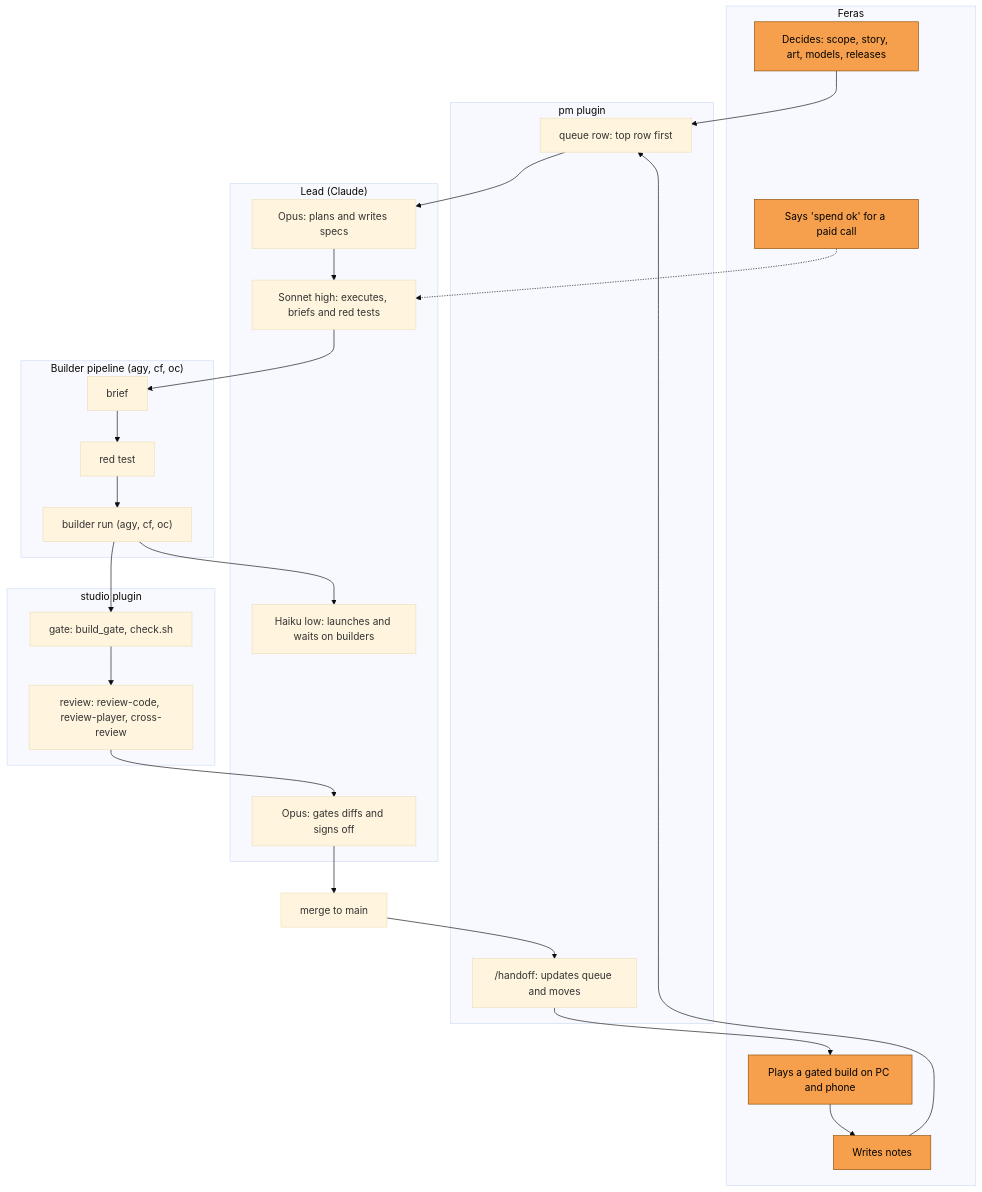
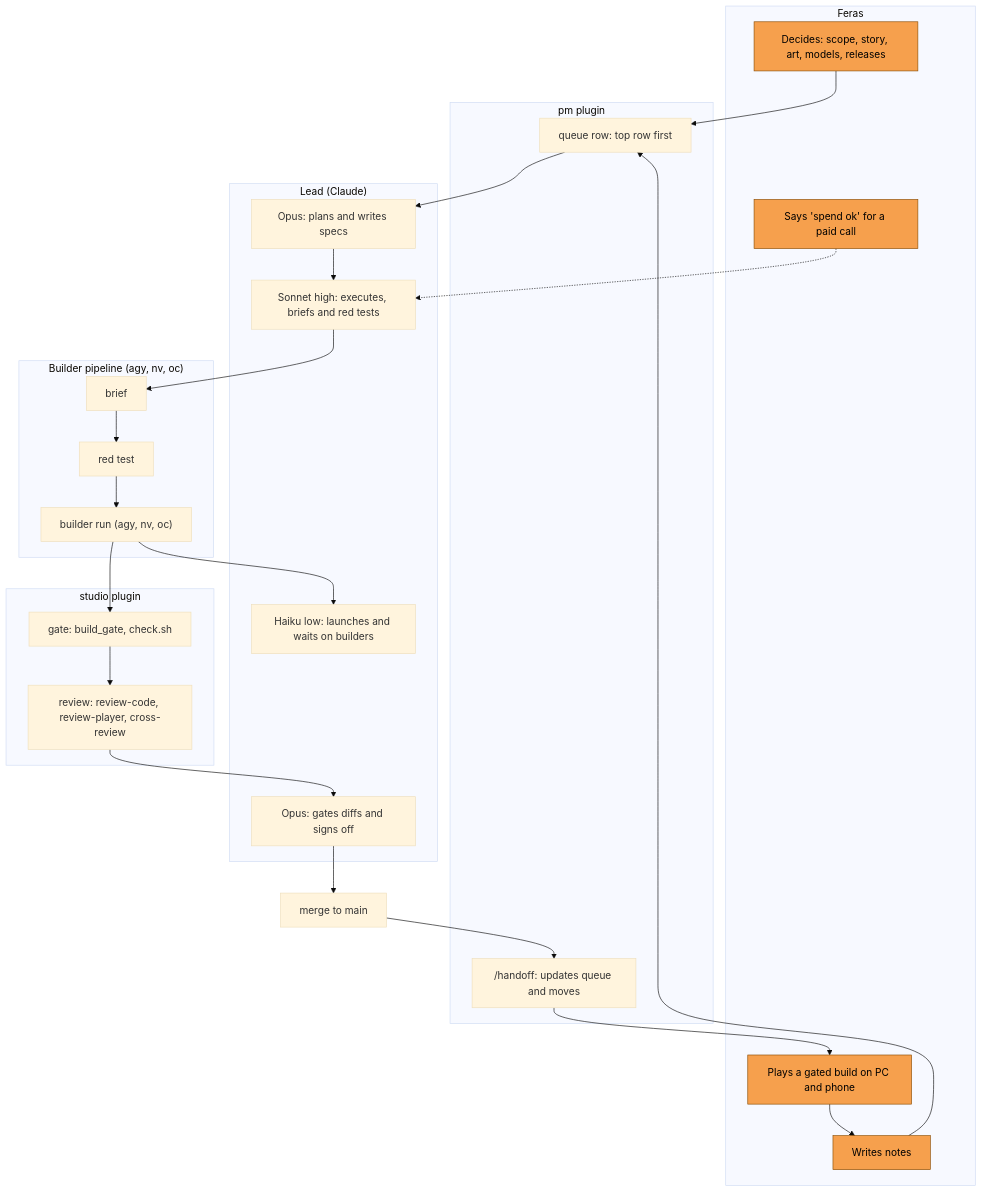
One commit to ferasalm/game changed the diagram in docs/HOW_WE_WORK.md. Above: the diagram before and after it, drawn with Mermaid (base theme). The commit also changed other lines of this file and 43 other files, not shown here.

````diff
--- a/docs/HOW_WE_WORK.md
+++ b/docs/HOW_WE_WORK.md
@@ -6,44 +6,44 @@
 ```mermaid
 flowchart TB
     subgraph You["Feras"]
         Decide["Decides: scope, story, art, models, releases"]
         Spend["Says 'spend ok' for a paid call"]
         Play["Plays a gated build on PC and phone"]
         Notes["Writes notes"]
     end
     subgraph PM["pm plugin"]
         Queue["queue row: top row first"]
         Handoff["/handoff: updates queue and moves"]
     end
     subgraph Lead["Lead (Claude)"]
         OpusPlan["Opus: plans and writes specs"]
         SonnetExec["Sonnet high: executes, briefs and red tests"]
         HaikuWait["Haiku low: launches and waits on builders"]
         OpusGate["Opus: gates diffs and signs off"]
     end
-    subgraph Pipe["Builder pipeline (agy, cf, oc)"]
+    subgraph Pipe["Builder pipeline (agy, nv, oc)"]
         Brief["brief"] --> RedTest["red test"]
-        RedTest --> BuildRun["builder run (agy, cf, oc)"]
+        RedTest --> BuildRun["builder run (agy, nv, oc)"]
     end
     subgraph Studio["studio plugin"]
         Gate["gate: build_gate, check.sh"]
         Review["review: review-code, review-player, cross-review"]
     end
     Merge["merge to main"]
 
     Decide --> Queue
     Queue --> OpusPlan
     OpusPlan --> SonnetExec
     SonnetExec --> Brief
     BuildRun --> HaikuWait
     BuildRun --> Gate
     Gate --> Review
     Review --> OpusGate
     OpusGate --> Merge
     Merge --> Handoff
     Handoff --> Play
     Play --> Notes --> Queue
     Spend -.-> SonnetExec
     classDef feras fill:#f6a04d,stroke:#8a4b00,color:#000
     class Decide,Spend,Play,Notes feras
 ```
````
